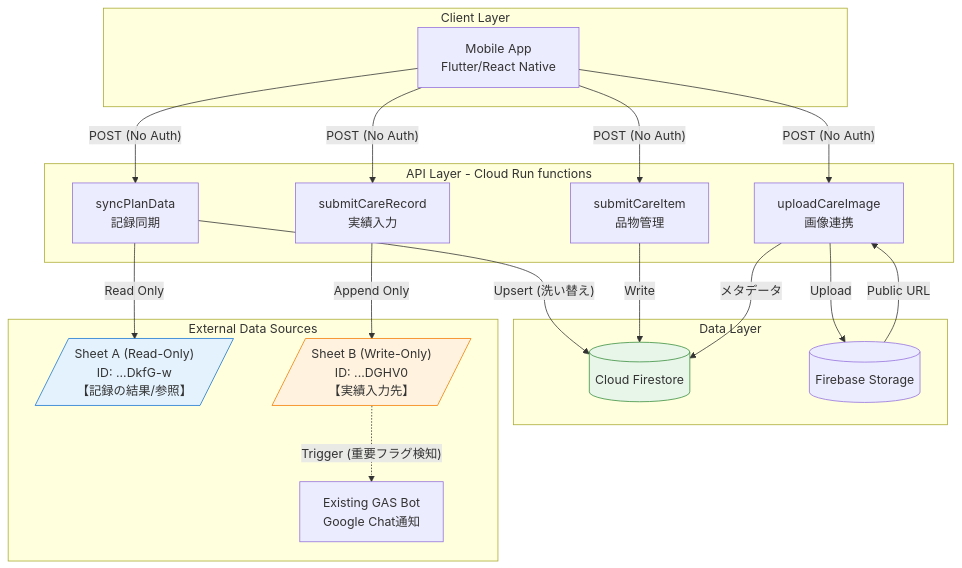
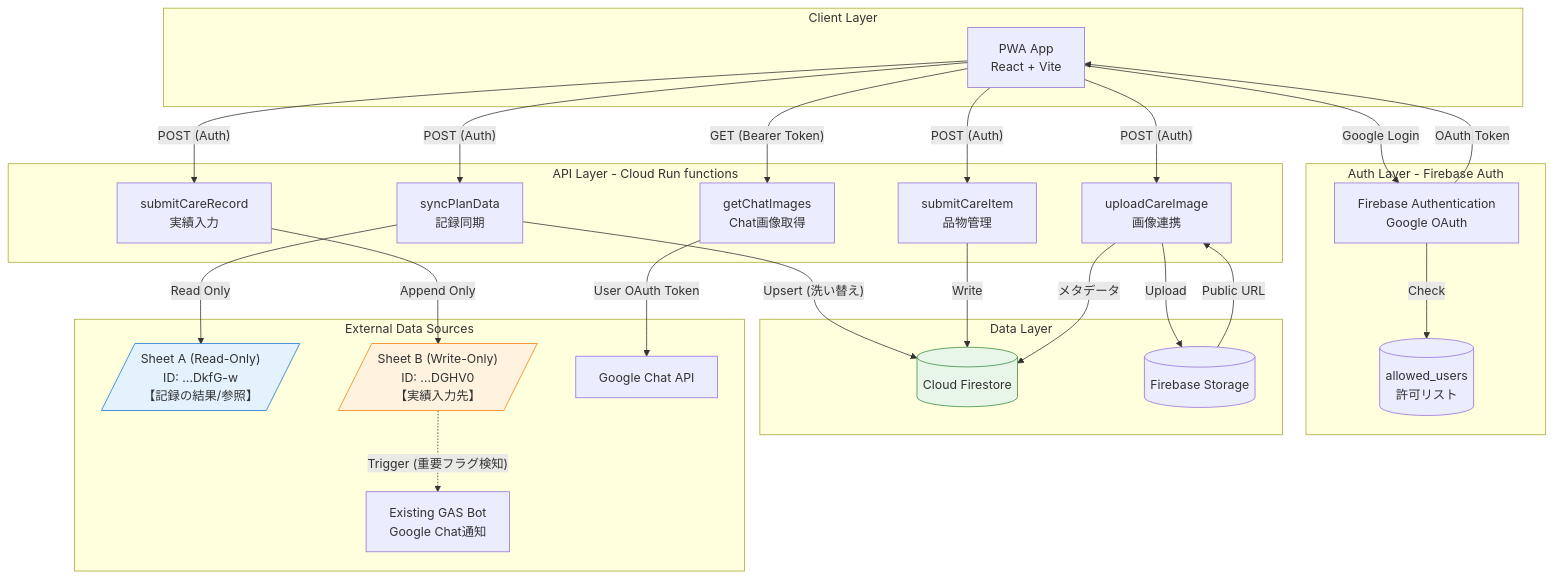
Before and after one commit to yasushihonda-acg/facility-care-input-form: the first of 3 diagrams in docs/ARCHITECTURE.md, drawn with Mermaid. The commit also changed other lines of this file and 21 other files, not shown here.

First line of the commit message:
feat(Phase 52): Firebase Authentication & OAuth Chat API (#12)

````diff
--- a/docs/ARCHITECTURE.md
+++ b/docs/ARCHITECTURE.md
@@ -209,55 +240,71 @@
 ```mermaid
 graph TD
     subgraph "Client Layer"
-        APP[Mobile App<br/>Flutter/React Native]
+        APP[PWA App<br/>React + Vite]
+    end
+
+    subgraph "Auth Layer - Firebase Auth"
+        AUTH[Firebase Authentication<br/>Google OAuth]
+        ALLOW[(allowed_users<br/>許可リスト)]
     end
 
     subgraph "API Layer - Cloud Run functions"
         FUNC_SYNC[syncPlanData<br/>記録同期]
         FUNC_CARE[submitCareRecord<br/>実績入力]
         FUNC_ITEM[submitCareItem<br/>品物管理]
         FUNC_IMG[uploadCareImage<br/>画像連携]
+        FUNC_CHAT[getChatImages<br/>Chat画像取得]
     end
 
     subgraph "Data Layer"
         FS[(Cloud Firestore)]
         STORAGE[(Firebase Storage)]
     end
 
     subgraph "External Data Sources"
         SHEET_A[/"Sheet A (Read-Only)<br/>ID: ...DkfG-w<br/>【記録の結果/参照】"/]
         SHEET_B[/"Sheet B (Write-Only)<br/>ID: ...DGHV0<br/>【実績入力先】"/]
         BOT[Existing GAS Bot<br/>Google Chat通知]
+        CHAT[Google Chat API]
     end
 
-    %% Client to Functions (No Auth)
-    APP -->|"POST (No Auth)"| FUNC_SYNC
-    APP -->|"POST (No Auth)"| FUNC_CARE
-    APP -->|"POST (No Auth)"| FUNC_ITEM
-    APP -->|"POST (No Auth)"| FUNC_IMG
+    %% Authentication Flow
+    APP -->|"Google Login"| AUTH
+    AUTH -->|"Check"| ALLOW
+    AUTH -->|"OAuth Token"| APP
+
+    %% Client to Functions (Authenticated)
+    APP -->|"POST (Auth)"| FUNC_SYNC
+    APP -->|"POST (Auth)"| FUNC_CARE
+    APP -->|"POST (Auth)"| FUNC_ITEM
+    APP -->|"POST (Auth)"| FUNC_IMG
+    APP -->|"GET (Bearer Token)"| FUNC_CHAT
 
     %% Flow A: Read-Only Sync
     FUNC_SYNC -->|"Read Only"| SHEET_A
     FUNC_SYNC -->|"Upsert (洗い替え)"| FS
 
     %% Flow B: Write-Only Log
     FUNC_CARE -->|"Append Only"| SHEET_B
     SHEET_B -.->|"Trigger (重要フラグ検知)"| BOT
 
     %% Flow C: Item Management
     FUNC_ITEM -->|"Write"| FS
+
+    %% Chat Images (OAuth)
+    FUNC_CHAT -->|"User OAuth Token"| CHAT
 
     %% Image Flow
     FUNC_IMG -->|"Upload"| STORAGE
     STORAGE -->|"Public URL"| FUNC_IMG
     FUNC_IMG -->|"メタデータ"| FS
 
     %% Styling
     classDef readonly fill:#e3f2fd,stroke:#1976d2
     classDef writeonly fill:#fff3e0,stroke:#f57c00
     classDef firestore fill:#e8f5e9,stroke:#388e3c
 
     class SHEET_A readonly
     class SHEET_B writeonly
     class FS firestore
 ```
````
